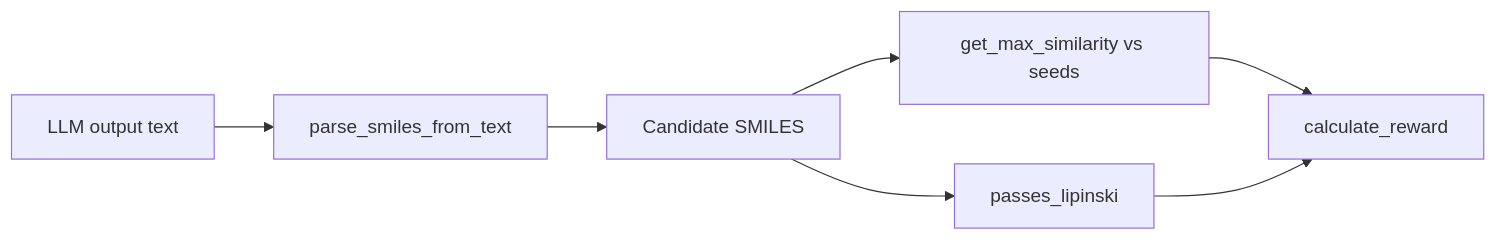
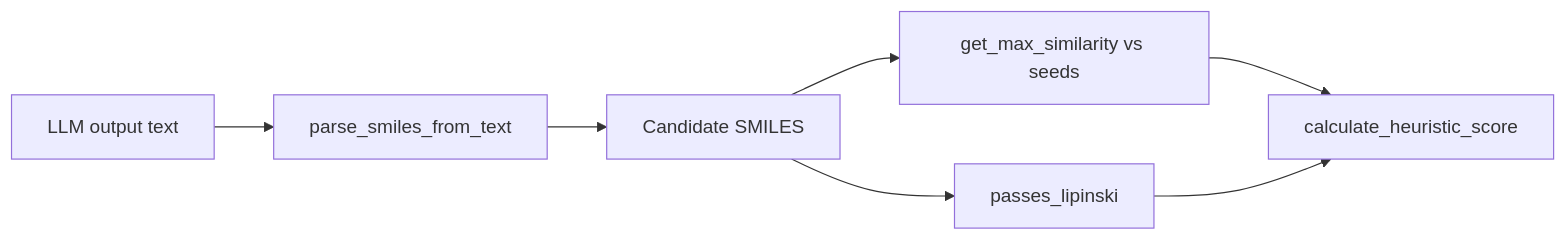
One commit to tacclab/LLMsFold changed the diagram in doc/components/chemistry.md. Above: the diagram before and after it, drawn with Mermaid. The commit also changed other lines of this file and 45 other files, not shown here.

````diff
--- a/doc/components/chemistry.md
+++ b/doc/components/chemistry.md
@@ -14,9 +14,9 @@
 ```mermaid
 flowchart LR
     A[LLM output text] --> B[parse_smiles_from_text]
     B --> C[Candidate SMILES]
     C --> D[get_max_similarity vs seeds]
     C --> E[passes_lipinski]
-    D --> F[calculate_reward]
+    D --> F[calculate_heuristic_score]
     E --> F
 ```
````
